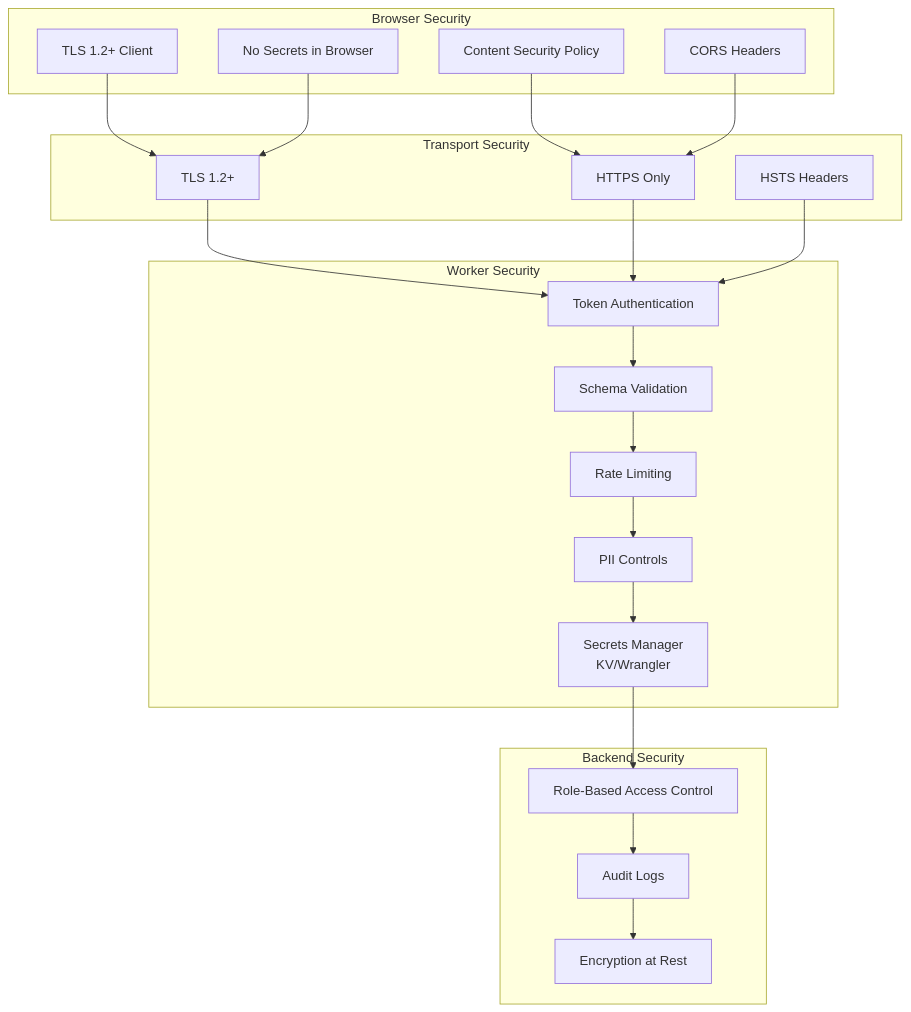
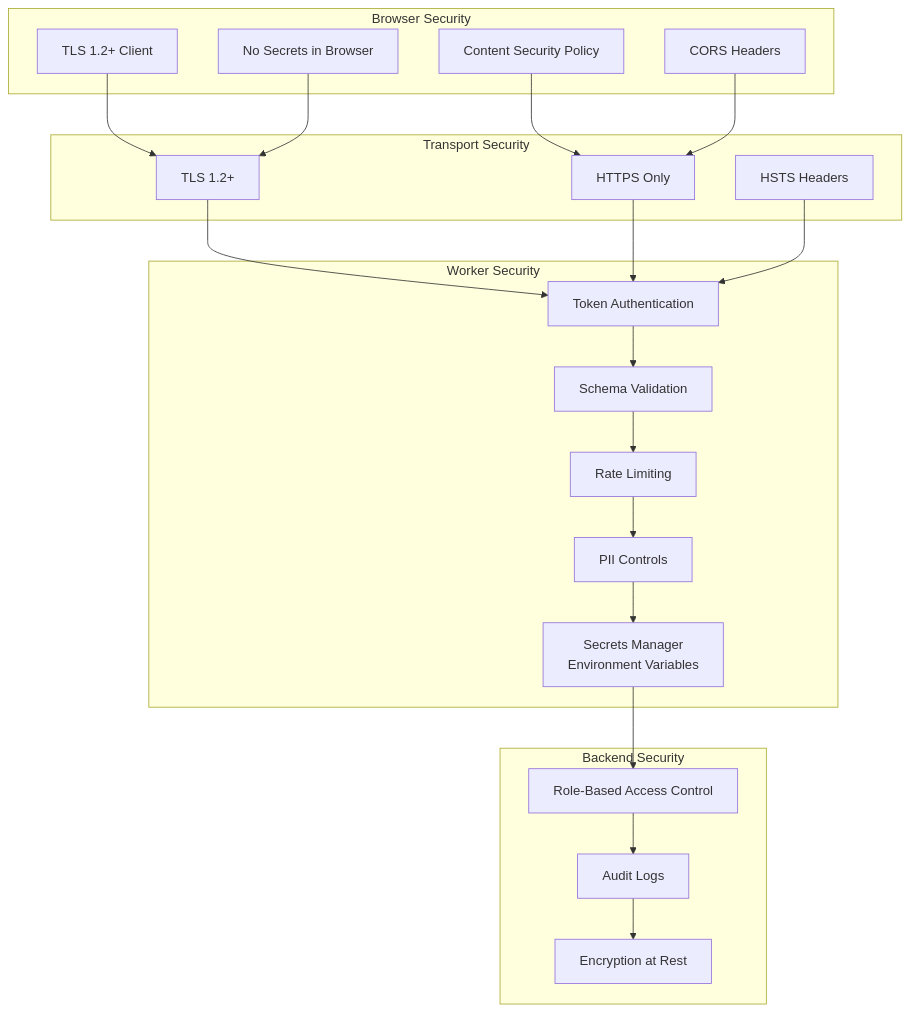
One commit to openqoe/openqoe-dev changed the ninth of 14 diagrams in docs/architecture.md. Above: the diagram before and after it, drawn with Mermaid. The commit also changed other lines of this file and 12 other files, not shown here.

````diff
--- a/docs/architecture.md
+++ b/docs/architecture.md
@@ -523,47 +443,47 @@
 ```mermaid
 graph TB
     subgraph "Browser Security"
         CSP[Content Security Policy]
         CORS[CORS Headers]
         TLS_CLIENT[TLS 1.2+ Client]
         NO_SECRETS[No Secrets in Browser]
     end
 
     subgraph "Transport Security"
         HTTPS[HTTPS Only]
         TLS[TLS 1.2+]
         HSTS[HSTS Headers]
     end
 
     subgraph "Worker Security"
         AUTH[Token Authentication]
         SCHEMA[Schema Validation]
         RATE_LIMIT[Rate Limiting]
         PII_CONTROL[PII Controls]
-        SECRETS_MGR[Secrets Manager<br/>KV/Wrangler]
+        SECRETS_MGR[Secrets Manager<br/>Environment Variables]
     end
 
     subgraph "Backend Security"
         RBAC[Role-Based Access Control]
         AUDIT[Audit Logs]
         ENCRYPTION[Encryption at Rest]
     end
 
     CSP --> HTTPS
     CORS --> HTTPS
     TLS_CLIENT --> TLS
     NO_SECRETS --> TLS
 
     TLS --> AUTH
     HTTPS --> AUTH
     HSTS --> AUTH
 
     AUTH --> SCHEMA
     SCHEMA --> RATE_LIMIT
     RATE_LIMIT --> PII_CONTROL
     PII_CONTROL --> SECRETS_MGR
 
     SECRETS_MGR --> RBAC
     RBAC --> AUDIT
     AUDIT --> ENCRYPTION
 ```
````
